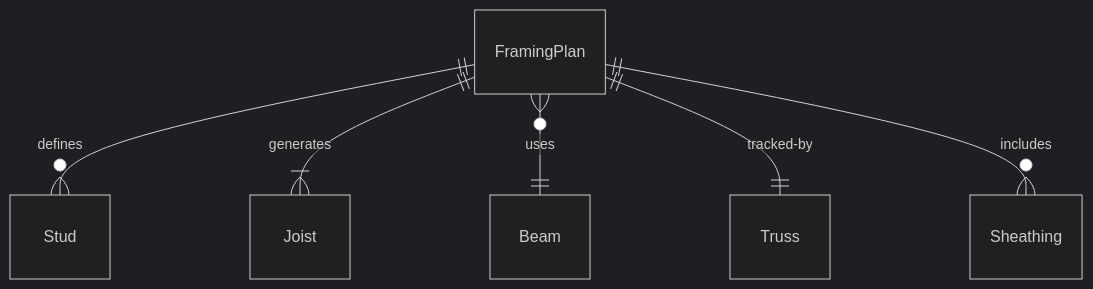
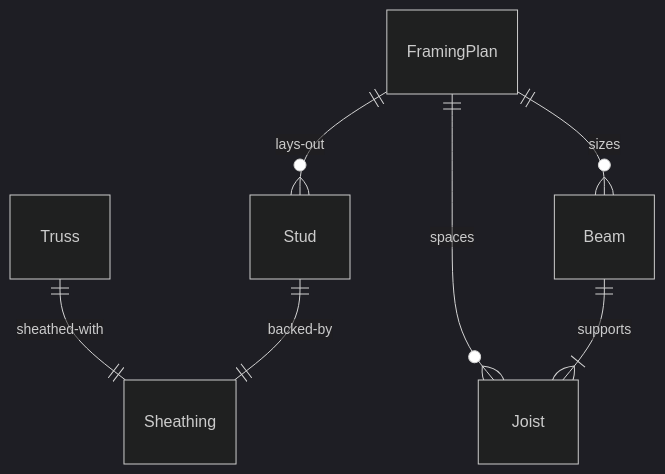
Before and after one commit to dot-org-ai/tasks.org.ai: the first of 4 diagrams in HandlingAndMovingObjects/BuildStructures/InstallWoodenStructuralComponents.mdx, drawn with Mermaid (dark theme). The commit also changed other lines of this file and 515 other files, not shown here.

````diff
--- a/HandlingAndMovingObjects/BuildStructures/InstallWoodenStructuralComponents.mdx
+++ b/HandlingAndMovingObjects/BuildStructures/InstallWoodenStructuralComponents.mdx
@@ -87,8 +87,9 @@
 ```mermaid
 erDiagram
-    FramingPlan ||--o{ Stud : "defines"
-    FramingPlan ||--|{ Joist : "generates"
-    FramingPlan }o--|| Beam : "uses"
-    FramingPlan ||--|| Truss : "tracked-by"
-    FramingPlan ||--o{ Sheathing : "includes"
+    FramingPlan ||--o{ Stud : "lays-out"
+    FramingPlan ||--o{ Joist : "spaces"
+    Beam ||--|{ Joist : "supports"
+    Truss ||--|| Sheathing : "sheathed-with"
+    Stud ||--|| Sheathing : "backed-by"
+    FramingPlan ||--o{ Beam : "sizes"
 ```
````
